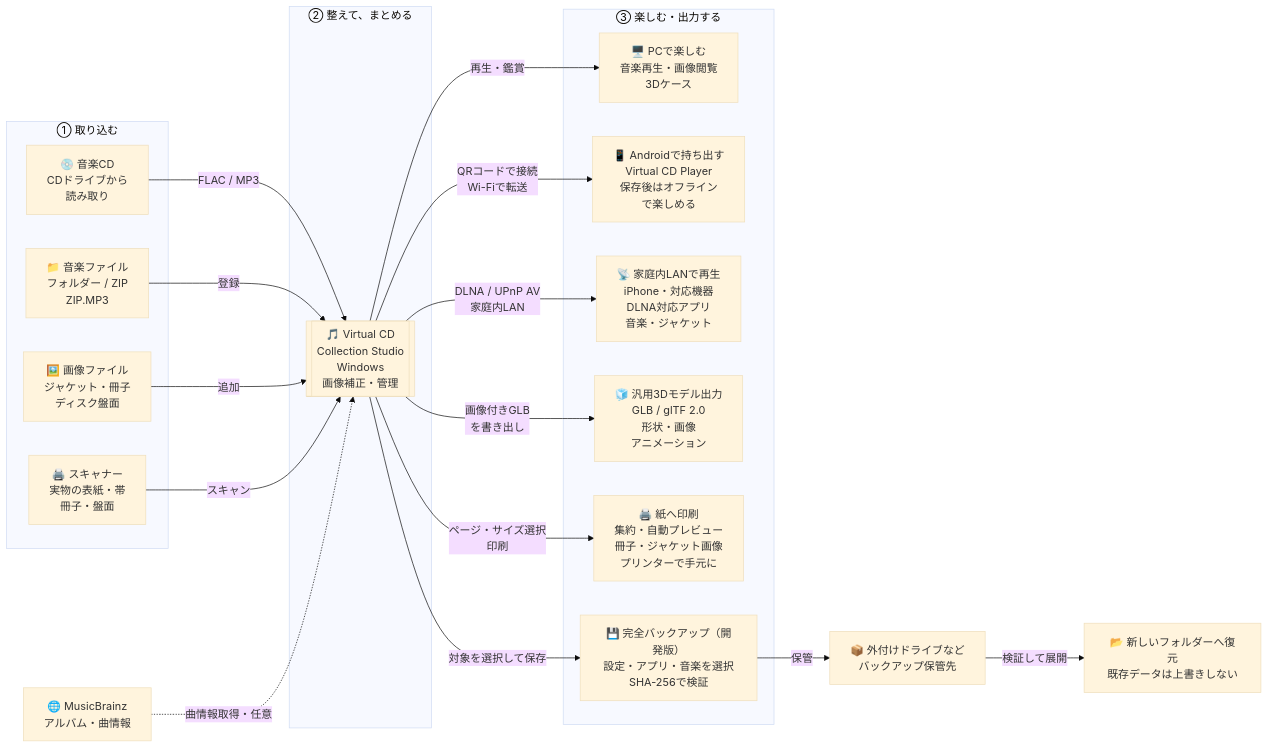
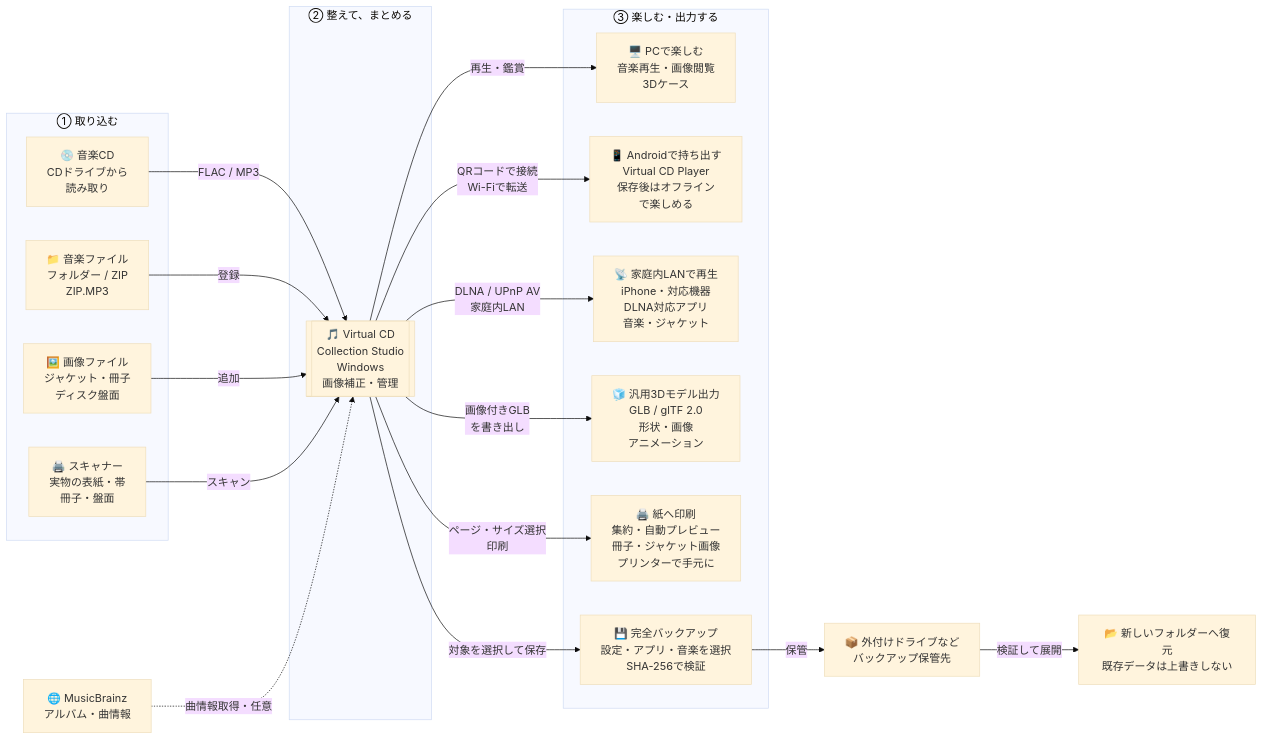
Before and after one commit to kksszz/virtual-cd-collection-studio: the diagram in docs/INTEGRATION_OVERVIEW.md, drawn with Mermaid (base theme). The commit also changed other lines of this file and 57 other files, not shown here.

````diff
--- a/docs/INTEGRATION_OVERVIEW.md
+++ b/docs/INTEGRATION_OVERVIEW.md
@@ -16,40 +16,40 @@
 ```mermaid
 flowchart LR
     subgraph INPUT["① 取り込む"]
         CD["💿 音楽CD<br/>CDドライブから<br/>読み取り"]
         MUSIC["📁 音楽ファイル<br/>フォルダー / ZIP<br/>ZIP.MP3"]
         IMAGE["🖼️ 画像ファイル<br/>ジャケット・冊子<br/>ディスク盤面"]
         SCANNER["🖨️ スキャナー<br/>実物の表紙・帯<br/>冊子・盤面"]
     end
 
     subgraph LIBRARY["② 整えて、まとめる"]
         APP[["🎵 Virtual CD<br/>Collection Studio<br/>Windows<br/>画像補正・管理"]]
     end
 
     subgraph ENJOY["③ 楽しむ・出力する"]
         PC["🖥️ PCで楽しむ<br/>音楽再生・画像閲覧<br/>3Dケース"]
         PHONE["📱 Androidで持ち出す<br/>Virtual CD Player<br/>保存後はオフライン<br/>で楽しめる"]
         DLNA["📡 家庭内LANで再生<br/>iPhone・対応機器<br/>DLNA対応アプリ<br/>音楽・ジャケット"]
         MODEL["🧊 汎用3Dモデル出力<br/>GLB / glTF 2.0<br/>形状・画像<br/>アニメーション"]
         PRINT["🖨️ 紙へ印刷<br/>集約・自動プレビュー<br/>冊子・ジャケット画像<br/>プリンターで手元に"]
-        BACKUP["💾 完全バックアップ（開発版）<br/>設定・アプリ・音楽を選択<br/>SHA-256で検証"]
+        BACKUP["💾 完全バックアップ<br/>設定・アプリ・音楽を選択<br/>SHA-256で検証"]
     end
 
     STORE["📦 外付けドライブなど<br/>バックアップ保管先"]
     RECOVER["📂 新しいフォルダーへ復元<br/>既存データは上書きしない"]
 
     META["🌐 MusicBrainz<br/>アルバム・曲情報"]
     CD -->|"FLAC / MP3"| APP
     MUSIC -->|"登録"| APP
     IMAGE -->|"追加"| APP
     SCANNER -->|"スキャン"| APP
     META -.->|"曲情報取得・任意"| APP
     APP -->|"再生・鑑賞"| PC
     APP -->|"QRコードで接続<br/>Wi-Fiで転送"| PHONE
     APP -->|"DLNA / UPnP AV<br/>家庭内LAN"| DLNA
     APP -->|"画像付きGLB<br/>を書き出し"| MODEL
     APP -->|"ページ・サイズ選択<br/>印刷"| PRINT
     APP -->|"対象を選択して保存"| BACKUP
     BACKUP -->|"保管"| STORE
     STORE -->|"検証して展開"| RECOVER
 ```
````
